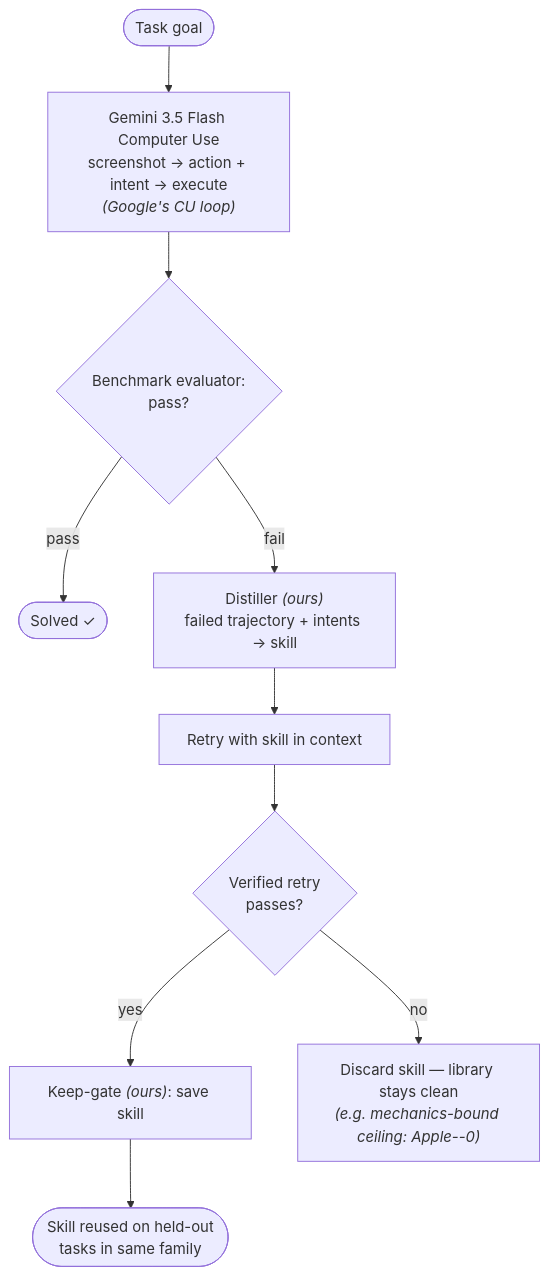
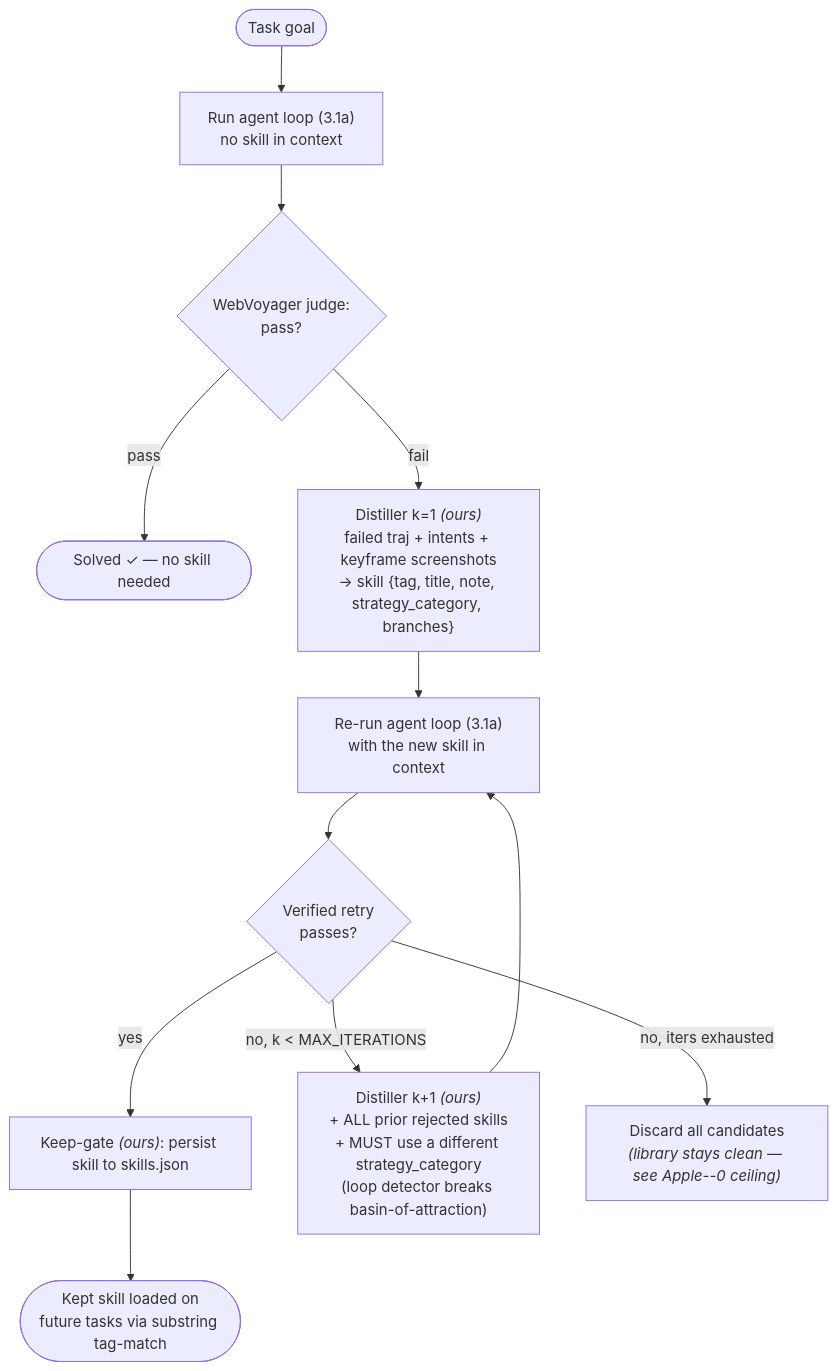
Before and after one commit to renantrendt/gemini-cu-skill-loop: the second of 6 diagrams in README.md, drawn with Mermaid. The commit also changed other lines of this file and 1 other file, not shown here.

First line of the commit message:
feat(skills): add iter-3 arxiv-sort-and-count + updated diagrams + Experiment C chart

````diff
--- a/README.md
+++ b/README.md
@@ -144,12 +168,14 @@
 ```mermaid
 flowchart TD
-    A([Task goal]) --> B["Gemini 3.5 Flash Computer Use<br/>screenshot → action + intent → execute<br/><i>(Google's CU loop)</i>"]
-    B --> V{"Benchmark evaluator:<br/>pass?"}
-    V -- pass --> OK([Solved ✓])
-    V -- fail --> D["Distiller <i>(ours)</i><br/>failed trajectory + intents → skill"]
-    D --> R["Retry with skill in context"]
+    A([Task goal]) --> B["Run agent loop (3.1a)<br/>no skill in context"]
+    B --> V{"WebVoyager judge:<br/>pass?"}
+    V -- pass --> OK([Solved ✓ — no skill needed])
+    V -- fail --> D["Distiller k=1 <i>(ours)</i><br/>failed traj + intents + keyframe screenshots<br/>→ skill {tag, title, note, strategy_category, branches}"]
+    D --> R["Re-run agent loop (3.1a)<br/>with the new skill in context"]
     R --> V2{"Verified retry<br/>passes?"}
-    V2 -- yes --> K["Keep-gate <i>(ours)</i>: save skill"]
-    V2 -- no --> X["Discard skill — library stays clean<br/><i>(e.g. mechanics-bound ceiling: Apple--0)</i>"]
-    K --> G([Skill reused on held-out<br/>tasks in same family])
+    V2 -- yes --> K["Keep-gate <i>(ours)</i>: persist skill to skills.json"]
+    V2 -- no, k &lt; MAX_ITERATIONS --> DV["Distiller k+1 <i>(ours)</i><br/>+ ALL prior rejected skills<br/>+ MUST use a different strategy_category<br/>(loop detector breaks basin-of-attraction)"]
+    DV --> R
+    V2 -- no, iters exhausted --> X["Discard all candidates<br/><i>(library stays clean — see Apple--0 ceiling)</i>"]
+    K --> G([Kept skill loaded on<br/>future tasks via substring tag-match])
 ```
````
